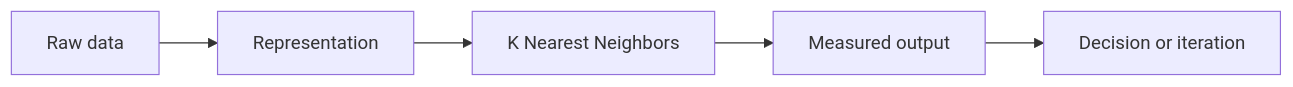
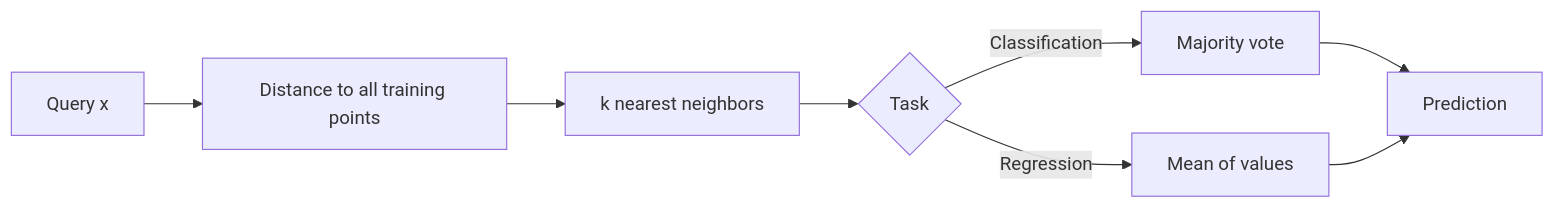
Before and after one commit to Icon1cc/Machine-Learning: the diagram in classical-ml/03-k-nearest-neighbors.md, drawn with Mermaid. The commit also changed other lines of this file and 264 other files, not shown here.

````diff
--- a/classical-ml/03-k-nearest-neighbors.md
+++ b/classical-ml/03-k-nearest-neighbors.md
@@ -92,7 +141,10 @@
 ```mermaid
 flowchart LR
-    A[Raw data] --> B[Representation]
-    B --> C[K Nearest Neighbors]
-    C --> D[Measured output]
-    D --> E[Decision or iteration]
+    Q[Query x] --> D[Distance to all training points]
+    D --> N[k nearest neighbors]
+    N --> V{Task}
+    V -- Classification --> M[Majority vote]
+    V -- Regression --> A[Mean of values]
+    M --> P[Prediction]
+    A --> P
 ```
````
